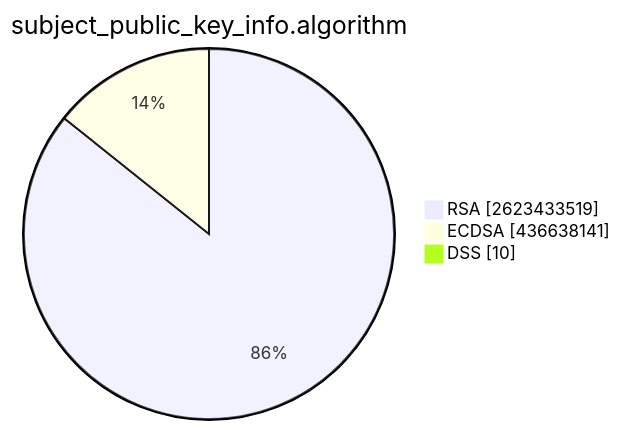
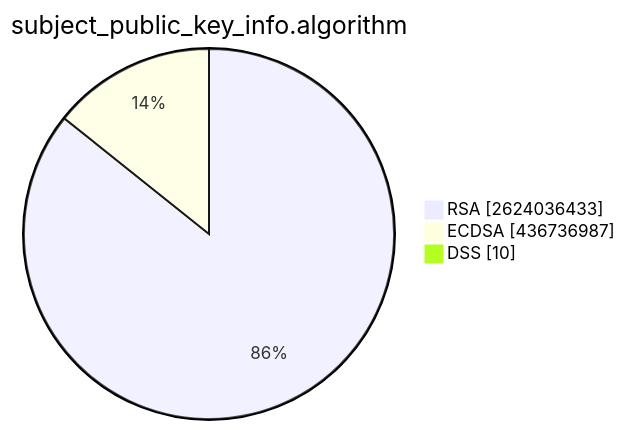
Before and after one commit to christiankrug/ctmonitor_visualization: the second of 15 diagrams in TOTAL/README.md, drawn with Mermaid. The commit also changed other lines of this file, not shown here.

````diff
--- a/TOTAL/README.md
+++ b/TOTAL/README.md
@@ -6,7 +6,7 @@
 ```mermaid
 pie showData
 title subject_public_key_info.algorithm
-"RSA" :2623433519
-"ECDSA" :436638141
+"RSA" :2624036433
+"ECDSA" :436736987
 "DSS" :10
 ```
````
